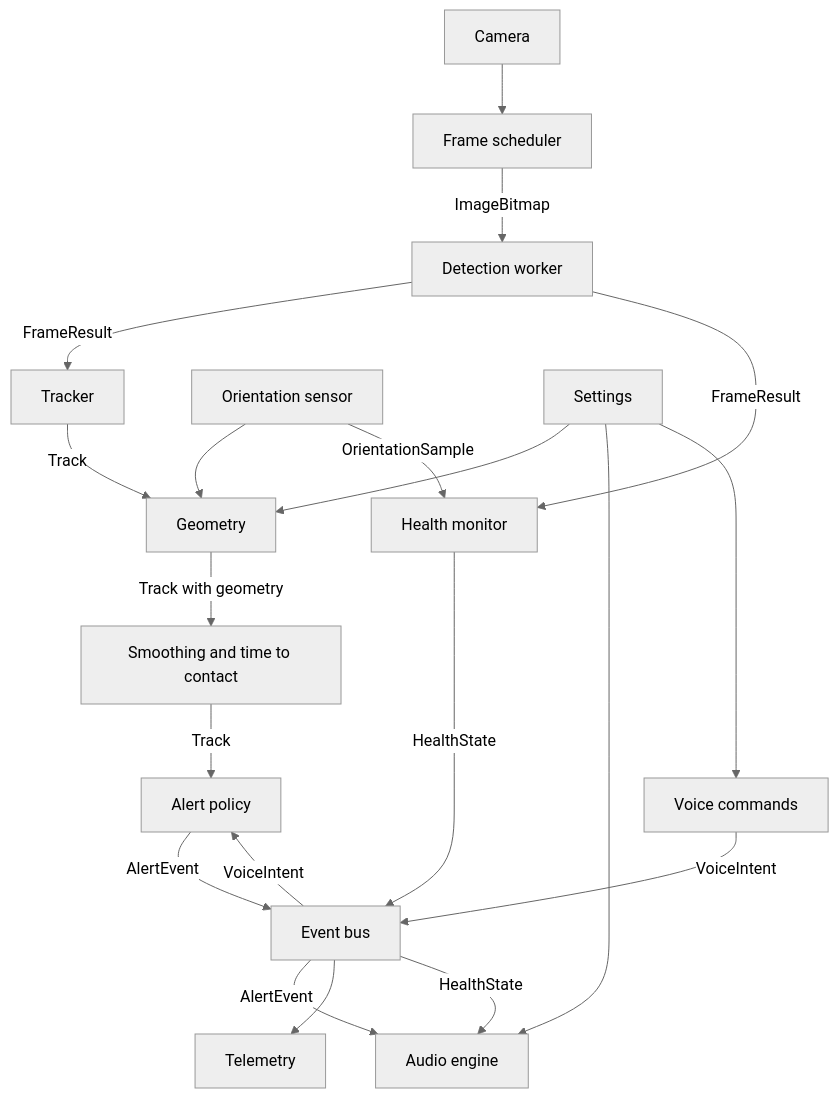
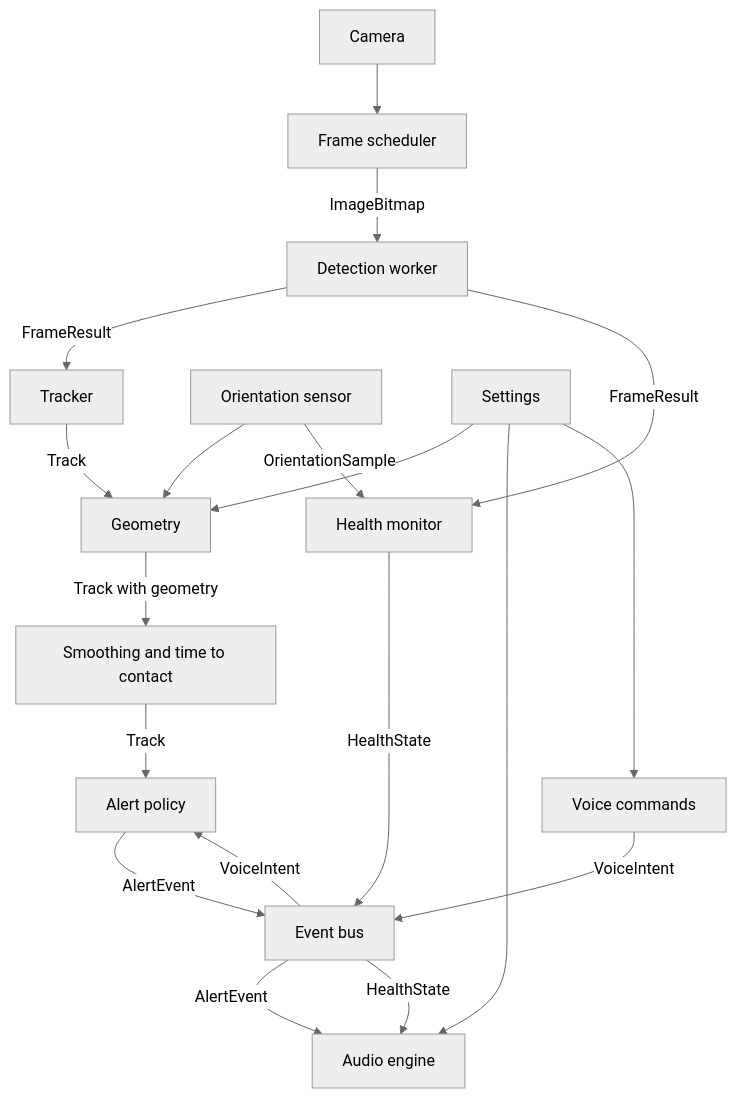
The first of 2 diagrams in docs/SDS.md (PyStarJosh/kenshi), drawn with Mermaid (neutral theme) before and after one commit. The commit also changed other lines of this file and 64 other files, not shown here.

````diff
--- a/docs/SDS.md
+++ b/docs/SDS.md
@@ -9,22 +9,21 @@
 ```mermaid
 flowchart TD
   CAM[Camera] --> SCH[Frame scheduler]
   SCH -->|ImageBitmap| WRK[Detection worker]
   WRK -->|FrameResult| TRK[Tracker]
   ORI[Orientation sensor] --> GEO[Geometry]
   SET[Settings] --> GEO
   TRK -->|Track| GEO
   GEO -->|Track with geometry| MOT[Smoothing and time to contact]
   MOT -->|Track| POL[Alert policy]
   POL -->|AlertEvent| BUS[Event bus]
   VOI[Voice commands] -->|VoiceIntent| BUS
   BUS -->|AlertEvent| AUD[Audio engine]
   SET --> AUD
   SET --> VOI
   WRK -->|FrameResult| HLT[Health monitor]
   ORI -->|OrientationSample| HLT
   HLT -->|HealthState| BUS
-  BUS --> TEL[Telemetry]
   BUS -->|HealthState| AUD
   BUS -->|VoiceIntent| POL
 ```
````
